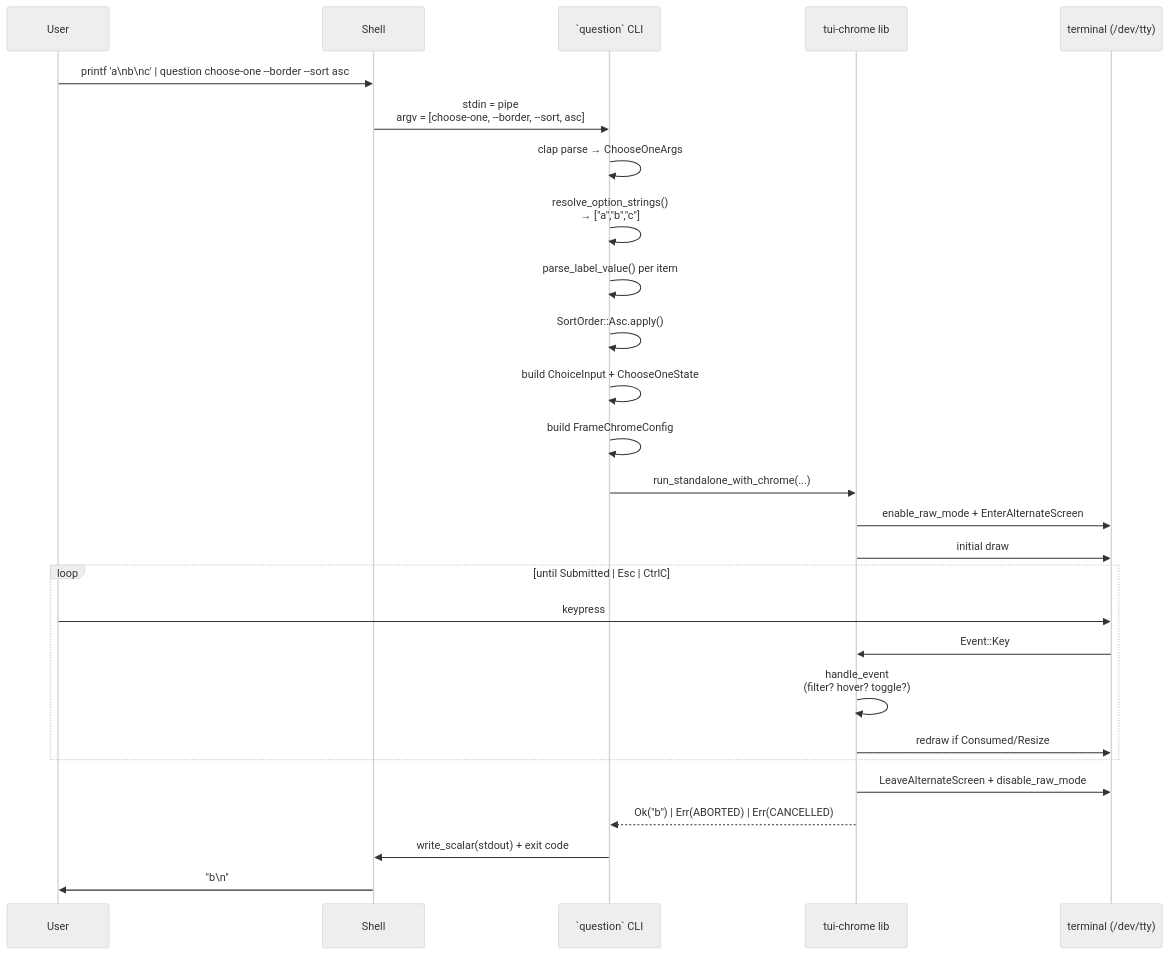
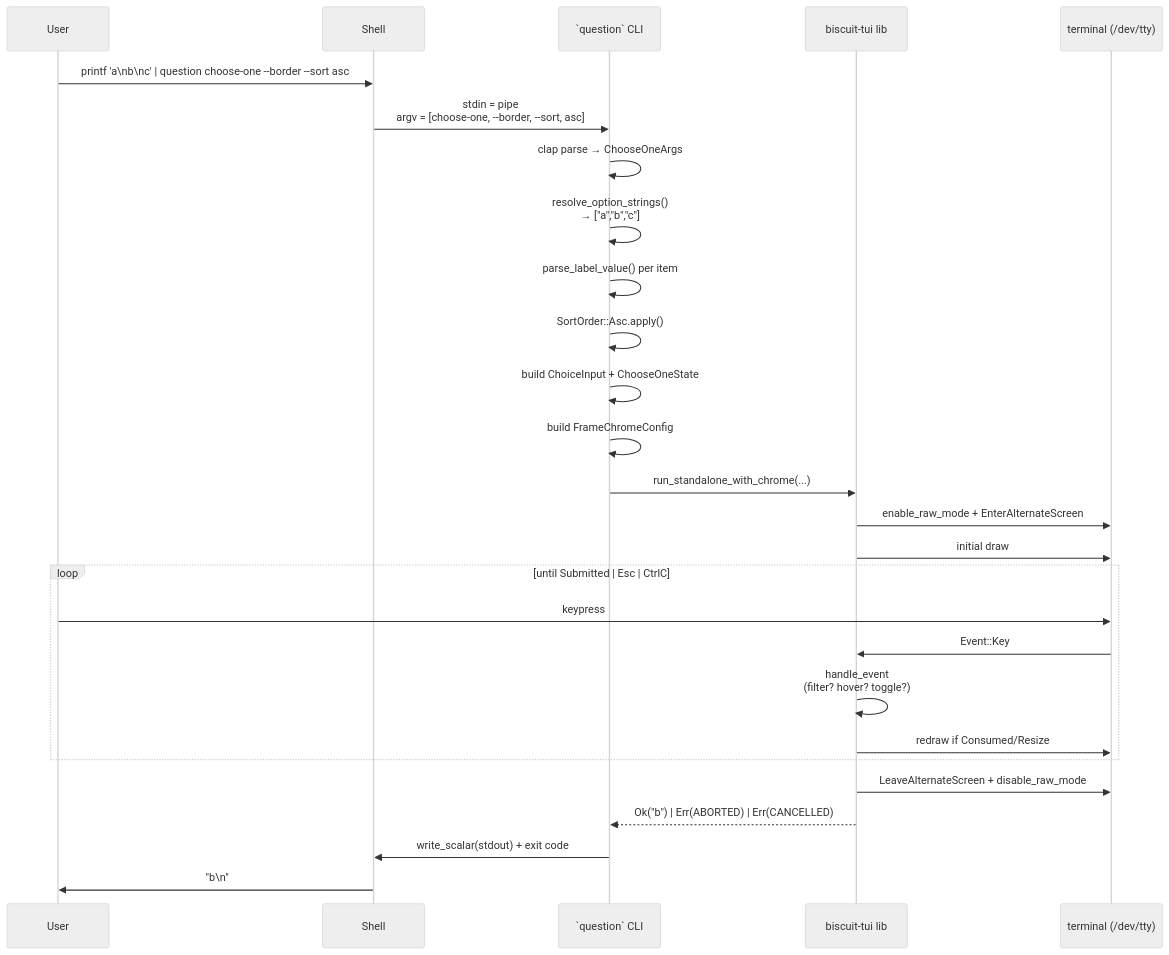
One commit to yankeeinlondon/rusty-biscuit changed the fourth of 5 diagrams in biscuit-tui/features/_completed/2026-04-23-choose-cli/tech-design.md. Above: the diagram before and after it, drawn with Mermaid (neutral theme). The commit also changed other lines of this file and 36 other files, not shown here.

First line of the commit message:
docs(biscuit-tui): update status for completed features

````diff
--- a/biscuit-tui/features/_completed/2026-04-23-choose-cli/tech-design.md
+++ b/biscuit-tui/features/_completed/2026-04-23-choose-cli/tech-design.md
@@ -620,30 +620,30 @@
 ```mermaid
 sequenceDiagram
     participant User
     participant Shell
     participant Question as `question` CLI
-    participant Lib as tui-chrome lib
+    participant Lib as biscuit-tui lib
     participant Tui as terminal (/dev/tty)
 
     User->>Shell: printf 'a\nb\nc' | question choose-one --border --sort asc
     Shell->>Question: stdin = pipe<br/>argv = [choose-one, --border, --sort, asc]
     Question->>Question: clap parse → ChooseOneArgs
     Question->>Question: resolve_option_strings()<br/>→ ["a","b","c"]
     Question->>Question: parse_label_value() per item
     Question->>Question: SortOrder::Asc.apply()
     Question->>Question: build ChoiceInput + ChooseOneState
     Question->>Question: build FrameChromeConfig
     Question->>Lib: run_standalone_with_chrome(...)
     Lib->>Tui: enable_raw_mode + EnterAlternateScreen
     Lib->>Tui: initial draw
     loop until Submitted | Esc | CtrlC
         User->>Tui: keypress
         Tui->>Lib: Event::Key
         Lib->>Lib: handle_event<br/>(filter? hover? toggle?)
         Lib->>Tui: redraw if Consumed/Resize
     end
     Lib->>Tui: LeaveAlternateScreen + disable_raw_mode
     Lib-->>Question: Ok("b") | Err(ABORTED) | Err(CANCELLED)
     Question->>Shell: write_scalar(stdout) + exit code
     Shell->>User: "b\n"
 ```
````
